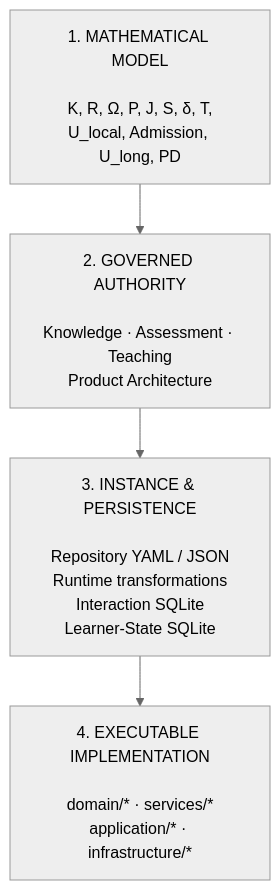
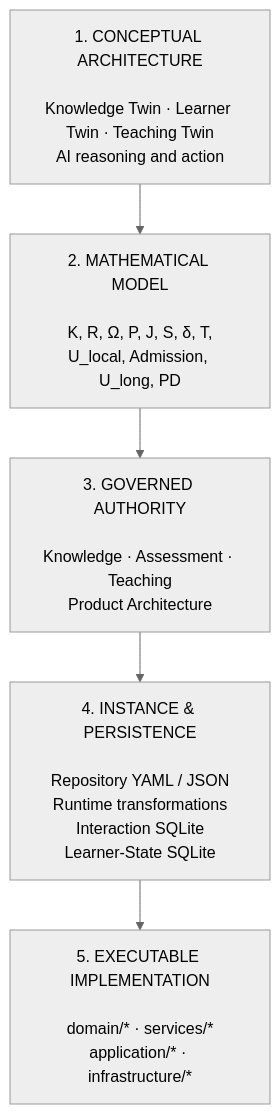
One commit to thatao72/three-twin-docs changed the fifth of 5 diagrams in content/architecture.md. Above: the diagram before and after it, drawn with Mermaid (neutral theme). The commit also changed other lines of this file, not shown here.

Commit message:
Reframe architecture docs around enduring Three-Twin principles

````diff
--- a/content/architecture.md
+++ b/content/architecture.md
@@ -454,15 +372,18 @@
 ```mermaid
 flowchart TB
 
-    M["1. MATHEMATICAL MODEL<br/><br/>K, R, Ω, P, J, S, δ, T,<br/>U_local, Admission, U_long, PD"]
+    C["1. CONCEPTUAL ARCHITECTURE<br/><br/>Knowledge Twin · Learner Twin · Teaching Twin<br/>AI reasoning and action"]
 
-    A["2. GOVERNED AUTHORITY<br/><br/>Knowledge · Assessment · Teaching<br/>Product Architecture"]
+    M["2. MATHEMATICAL MODEL<br/><br/>K, R, Ω, P, J, S, δ, T,<br/>U_local, Admission, U_long, PD"]
 
-    I["3. INSTANCE & PERSISTENCE<br/><br/>Repository YAML / JSON<br/>Runtime transformations<br/>Interaction SQLite<br/>Learner-State SQLite"]
+    A["3. GOVERNED AUTHORITY<br/><br/>Knowledge · Assessment · Teaching<br/>Product Architecture"]
 
-    C["4. EXECUTABLE IMPLEMENTATION<br/><br/>domain/* · services/*<br/>application/* · infrastructure/*"]
+    I["4. INSTANCE & PERSISTENCE<br/><br/>Repository YAML / JSON<br/>Runtime transformations<br/>Interaction SQLite<br/>Learner-State SQLite"]
 
+    X["5. EXECUTABLE IMPLEMENTATION<br/><br/>domain/* · services/*<br/>application/* · infrastructure/*"]
+
+    C --> M
     M --> A
     A --> I
-    I --> C
+    I --> X
 ```
````
